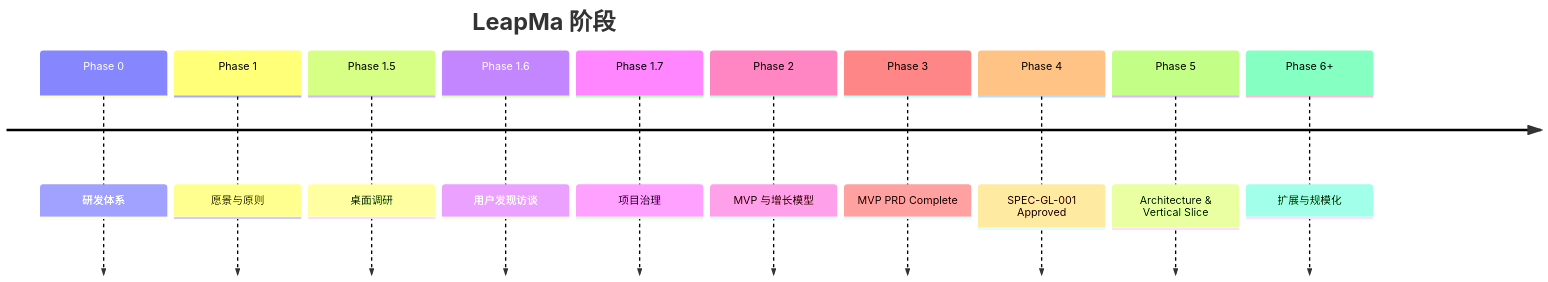
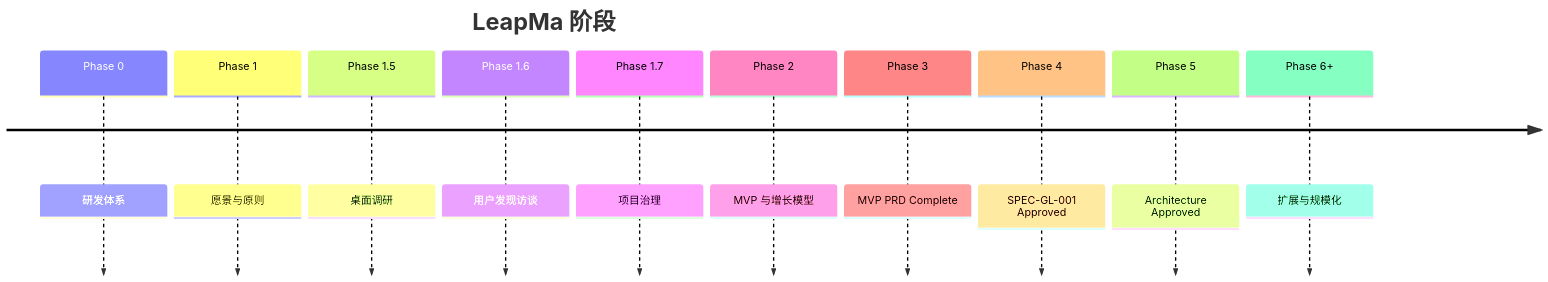
Before and after one commit to LeapMaCoder/ai-engineer-os: the diagram in docs/00_Project/Roadmap.md, drawn with Mermaid. The commit also changed other lines of this file and 16 other files, not shown here.

````diff
--- a/docs/00_Project/Roadmap.md
+++ b/docs/00_Project/Roadmap.md
@@ -19,14 +19,14 @@
 ```mermaid
 timeline
   title LeapMa 阶段
   Phase 0 : 研发体系
   Phase 1 : 愿景与原则
   Phase 1.5 : 桌面调研
   Phase 1.6 : 用户发现访谈
   Phase 1.7 : 项目治理
   Phase 2 : MVP 与增长模型
   Phase 3 : MVP PRD Complete
   Phase 4 : SPEC-GL-001 Approved
-  Phase 5 : Architecture & Vertical Slice
+  Phase 5 : Architecture Approved
   Phase 6+ : 扩展与规模化
 ```
````
